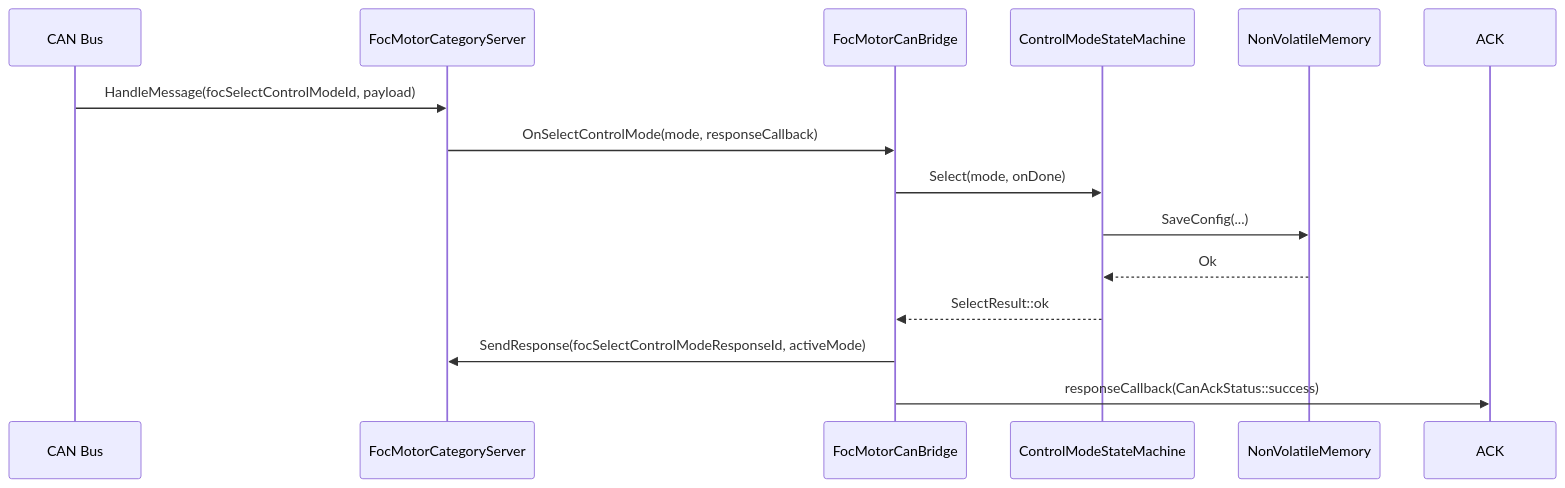
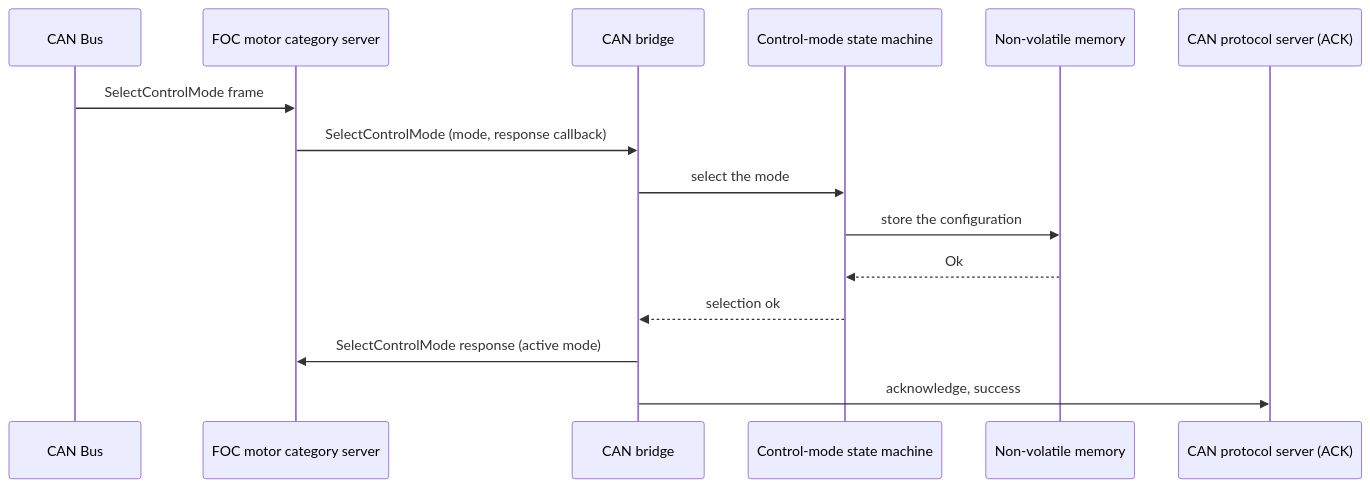
Before and after one commit to embedded-pro/e-foc: the fifth of 7 diagrams in documentation/design/service-can.md, drawn with Mermaid. The commit also changed other lines of this file and 37 other files, not shown here.

````diff
--- a/documentation/design/service-can.md
+++ b/documentation/design/service-can.md
@@ -379,17 +411,18 @@
 ```mermaid
 sequenceDiagram
     participant CAN as CAN Bus
-    participant SRV as FocMotorCategoryServer
-    participant BRG as FocMotorCanBridge
-    participant SM as ControlModeStateMachine
-    participant NVM as NonVolatileMemory
+    participant SRV as FOC motor category server
+    participant BRG as CAN bridge
+    participant SM as Control-mode state machine
+    participant NVM as Non-volatile memory
+    participant ACK as CAN protocol server (ACK)
 
-    CAN->>SRV: HandleMessage(focSelectControlModeId, payload)
-    SRV->>BRG: OnSelectControlMode(mode, responseCallback)
-    BRG->>SM: Select(mode, onDone)
-    SM->>NVM: SaveConfig(...)
+    CAN->>SRV: SelectControlMode frame
+    SRV->>BRG: SelectControlMode (mode, response callback)
+    BRG->>SM: select the mode
+    SM->>NVM: store the configuration
     NVM-->>SM: Ok
-    SM-->>BRG: SelectResult::ok
-    BRG->>SRV: SendResponse(focSelectControlModeResponseId, activeMode)
-    BRG->>ACK: responseCallback(CanAckStatus::success)
+    SM-->>BRG: selection ok
+    BRG->>SRV: SelectControlMode response (active mode)
+    BRG->>ACK: acknowledge, success
 ```
````
